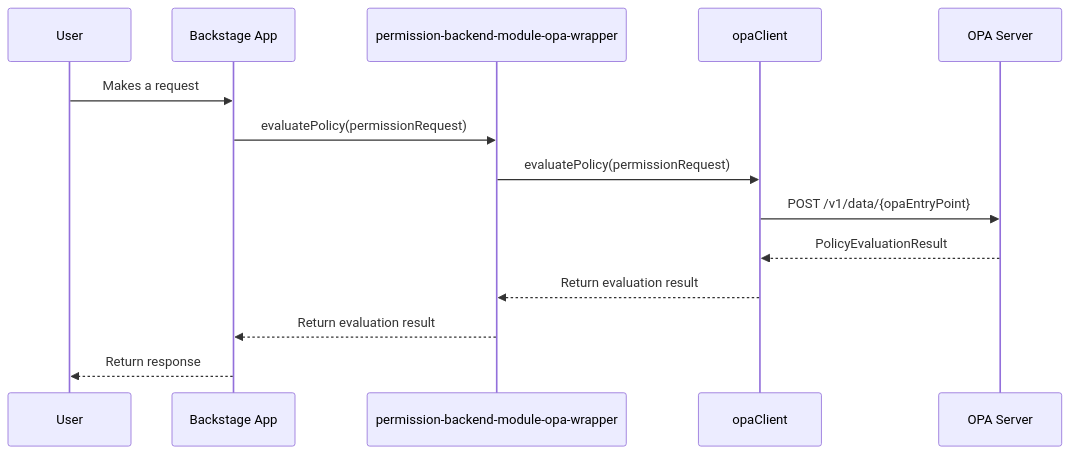
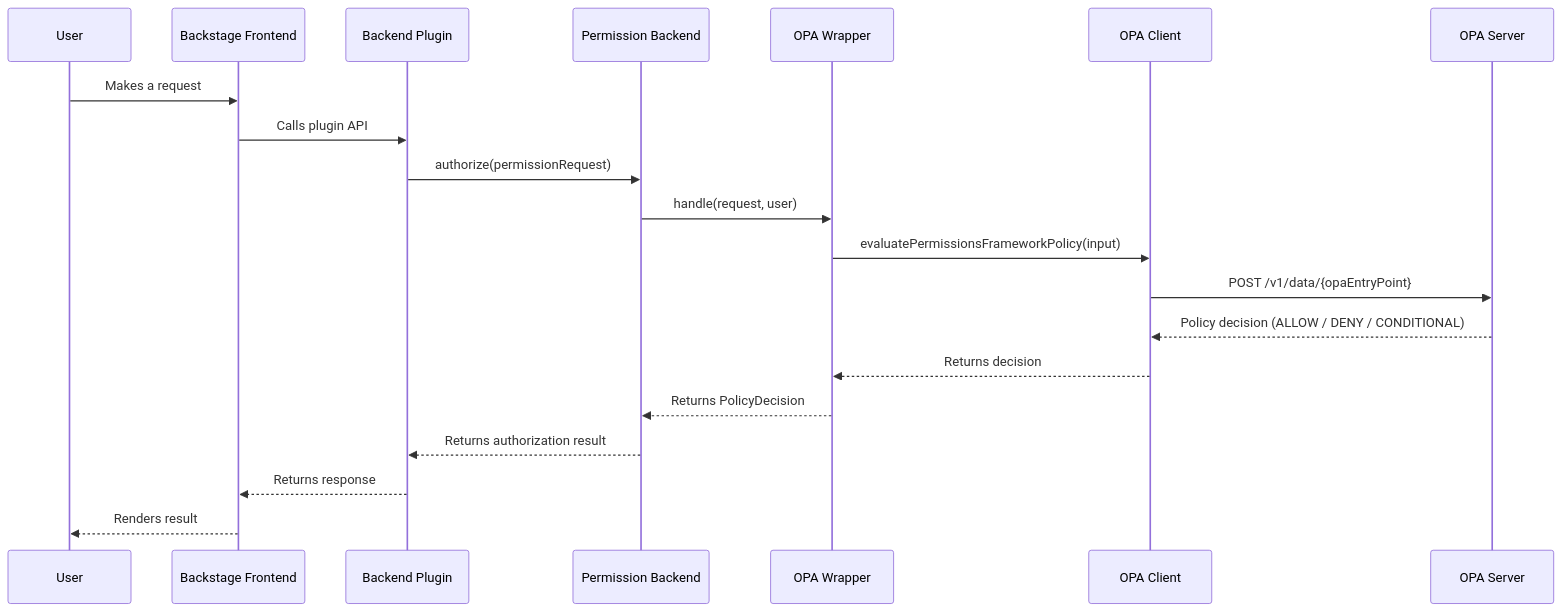
One commit to Parsifal-M/backstage-opa-plugins changed the second of 2 diagrams in opa-docs/docs/opa-permissions-wrapper-module/architecture.md. Above: the diagram before and after it, drawn with Mermaid. The commit also changed other lines of this file and 10 other files, not shown here.

````diff
--- a/opa-docs/docs/opa-permissions-wrapper-module/architecture.md
+++ b/opa-docs/docs/opa-permissions-wrapper-module/architecture.md
@@ -21,17 +22,23 @@
 ```mermaid
 sequenceDiagram
     participant User
-    participant Backstage App
-    participant permission-backend-module-opa-wrapper
-    participant opaClient
-    participant OPA Server
+    participant Frontend as Backstage Frontend
+    participant BackendPlugin as Backend Plugin
+    participant PermBackend as Permission Backend
+    participant OPAWrapper as OPA Wrapper
+    participant OPAClient as OPA Client
+    participant OPA as OPA Server
 
-    User->>Backstage App: Makes a request
-    Backstage App->>permission-backend-module-opa-wrapper: evaluatePolicy(permissionRequest)
-    permission-backend-module-opa-wrapper->>opaClient: evaluatePolicy(permissionRequest)
-    opaClient->>OPA Server: POST /v1/data/{opaEntryPoint}
-    OPA Server-->>opaClient: PolicyEvaluationResult
-    opaClient-->>permission-backend-module-opa-wrapper: Return evaluation result
-    permission-backend-module-opa-wrapper-->>Backstage App: Return evaluation result
-    Backstage App-->>User: Return response
+    User->>Frontend: Makes a request
+    Frontend->>BackendPlugin: Calls plugin API
+    BackendPlugin->>PermBackend: authorize(permissionRequest)
+    PermBackend->>OPAWrapper: handle(request, user)
+    OPAWrapper->>OPAClient: evaluatePermissionsFrameworkPolicy(input)
+    OPAClient->>OPA: POST /v1/data/{opaEntryPoint}
+    OPA-->>OPAClient: Policy decision (ALLOW / DENY / CONDITIONAL)
+    OPAClient-->>OPAWrapper: Returns decision
+    OPAWrapper-->>PermBackend: Returns PolicyDecision
+    PermBackend-->>BackendPlugin: Returns authorization result
+    BackendPlugin-->>Frontend: Returns response
+    Frontend-->>User: Renders result
 ```
````
